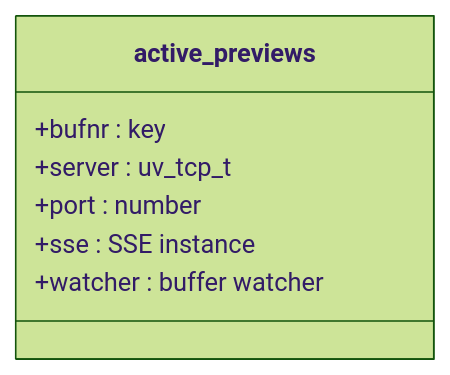
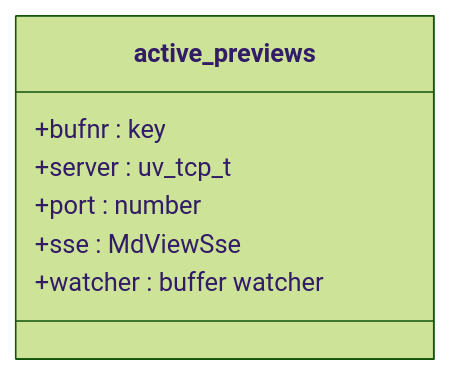
One commit to kcayme/md-view.nvim changed the tenth of 11 diagrams in docs/ARCHITECTURE.md. Above: the diagram before and after it, drawn with Mermaid (forest theme). The commit also changed other lines of this file and 1 other file, not shown here.

Commit message:
docs: update documentation for architecture and modules

````diff
--- a/docs/ARCHITECTURE.md
+++ b/docs/ARCHITECTURE.md
@@ -279,10 +311,10 @@
 ```mermaid
 classDiagram
     class active_previews {
         +bufnr : key
         +server : uv_tcp_t
         +port : number
-        +sse : SSE instance
+        +sse : MdViewSse
         +watcher : buffer watcher
     }
 ```
````
